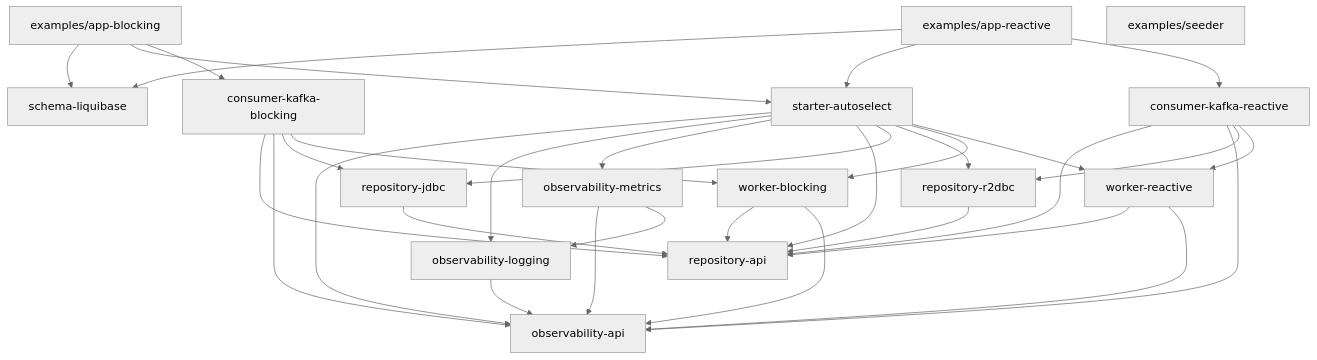
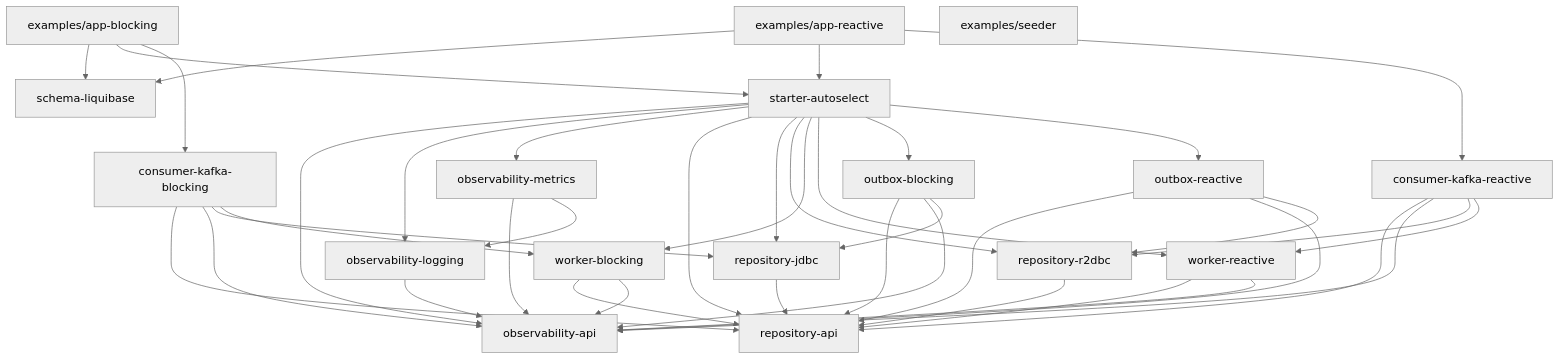
Before and after one commit to riadshalaby/superduper: the diagram in docs/ARCHITECTURE.md, drawn with Mermaid (neutral theme). The commit also changed other lines of this file and 3 other files, not shown here.

First line of the commit message:
docs(readme): document transactional outbox architecture and usage

````diff
--- a/docs/ARCHITECTURE.md
+++ b/docs/ARCHITECTURE.md
@@ -27,50 +29,60 @@
 ```mermaid
 graph TD
   OA[observability-api]
   OL[observability-logging]
   OM[observability-metrics]
   RA[repository-api]
   RJ[repository-jdbc]
   RR[repository-r2dbc]
   WB[worker-blocking]
   WR[worker-reactive]
   CKB[consumer-kafka-blocking]
   CKR[consumer-kafka-reactive]
+  OB[outbox-blocking]
+  OR[outbox-reactive]
   SA[starter-autoselect]
   SL[schema-liquibase]
   EAB[examples/app-blocking]
   EAR[examples/app-reactive]
   ES[examples/seeder]
 
   OL --> OA
   OM --> OA
   OM --> OL
   RJ --> RA
   RR --> RA
   WB --> RA
   WB --> OA
   WR --> RA
   WR --> OA
   CKB --> RA
   CKB --> OA
   CKB --> RJ
   CKB --> WB
   CKR --> RA
   CKR --> OA
   CKR --> RR
   CKR --> WR
+  OB --> RA
+  OB --> OA
+  OB --> RJ
+  OR --> RA
+  OR --> OA
+  OR --> RR
   SA --> OA
   SA --> OL
   SA --> OM
   SA --> RA
   SA --> RJ
   SA --> RR
   SA --> WB
   SA --> WR
+  SA --> OB
+  SA --> OR
   EAB --> SL
   EAB --> SA
   EAB --> CKB
   EAR --> SL
   EAR --> SA
   EAR --> CKR
 ```
````
